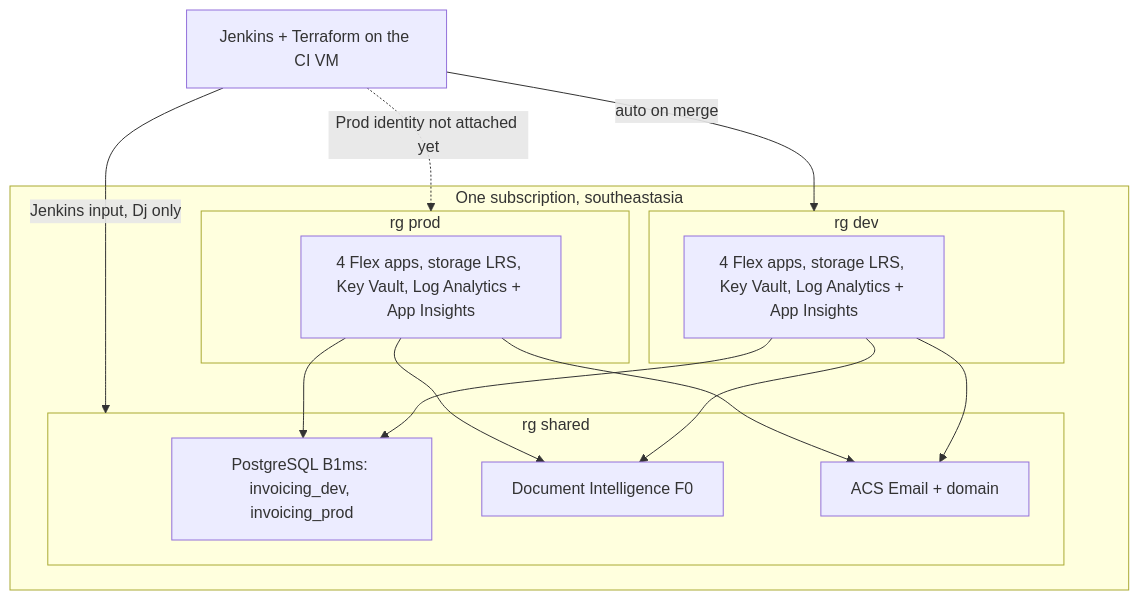
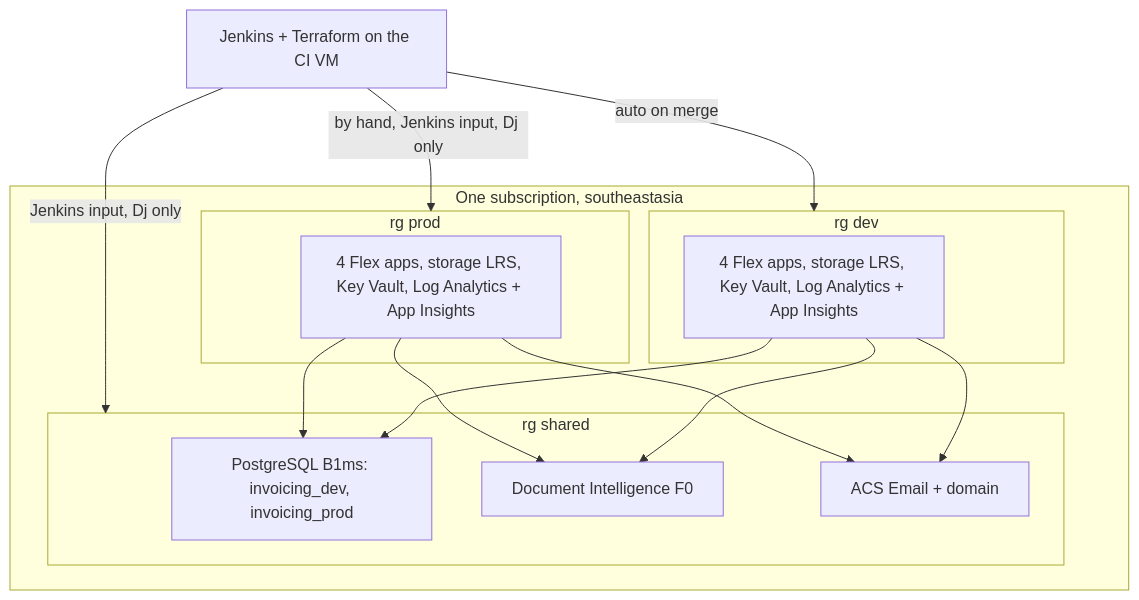
One commit to schuaschua/ocrinvoicing changed the fourth of 4 diagrams in _bmad-output/planning-artifacts/architecture/architecture-ocrinvoicing-2026-09-28/ARCHITECTURE-SPINE.md. Above: the diagram before and after it, drawn with Mermaid. The commit also changed other lines of this file and 21 other files, not shown here.

First line of the commit message:
feat(ci): Jenkins dev and prod folders, hand-started Prod deploy, tag sweep (Story 1.2, OCR-3)

````diff
--- a/_bmad-output/planning-artifacts/architecture/architecture-ocrinvoicing-2026-09-28/ARCHITECTURE-SPINE.md
+++ b/_bmad-output/planning-artifacts/architecture/architecture-ocrinvoicing-2026-09-28/ARCHITECTURE-SPINE.md
@@ -566,25 +568,25 @@
 ```mermaid
 flowchart TB
   subgraph sub[One subscription, southeastasia]
     subgraph shared[rg shared]
       pgsrv[PostgreSQL B1ms: invoicing_dev, invoicing_prod]
       dif0[Document Intelligence F0]
       acs[ACS Email + domain]
     end
     subgraph dev[rg dev]
       devapps[4 Flex apps, storage LRS, Key Vault, Log Analytics + App Insights]
     end
     subgraph prod[rg prod]
       prodapps[4 Flex apps, storage LRS, Key Vault, Log Analytics + App Insights]
     end
   end
   ci[Jenkins + Terraform on the CI VM] -->|auto on merge| dev
   ci -->|Jenkins input, Dj only| shared
-  ci -.->|Prod identity not attached yet| prod
+  ci -->|by hand, Jenkins input, Dj only| prod
   devapps --> pgsrv
   prodapps --> pgsrv
   devapps --> dif0
   prodapps --> dif0
   devapps --> acs
   prodapps --> acs
 ```
````
